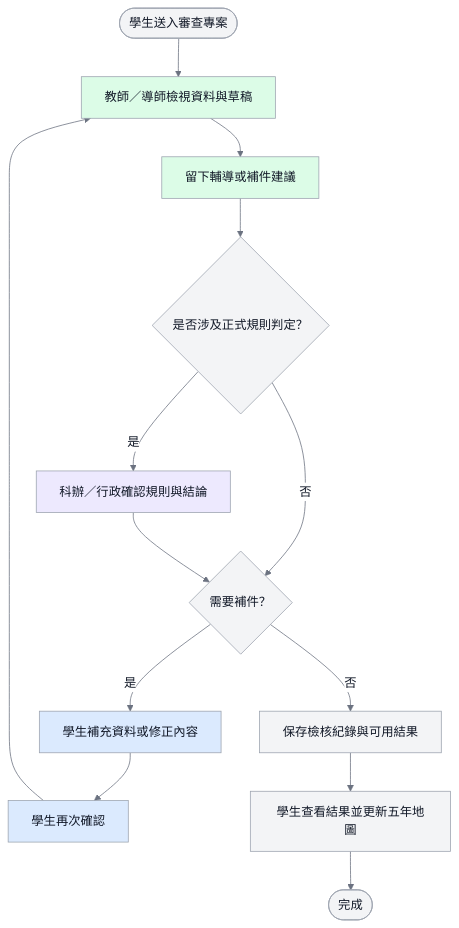
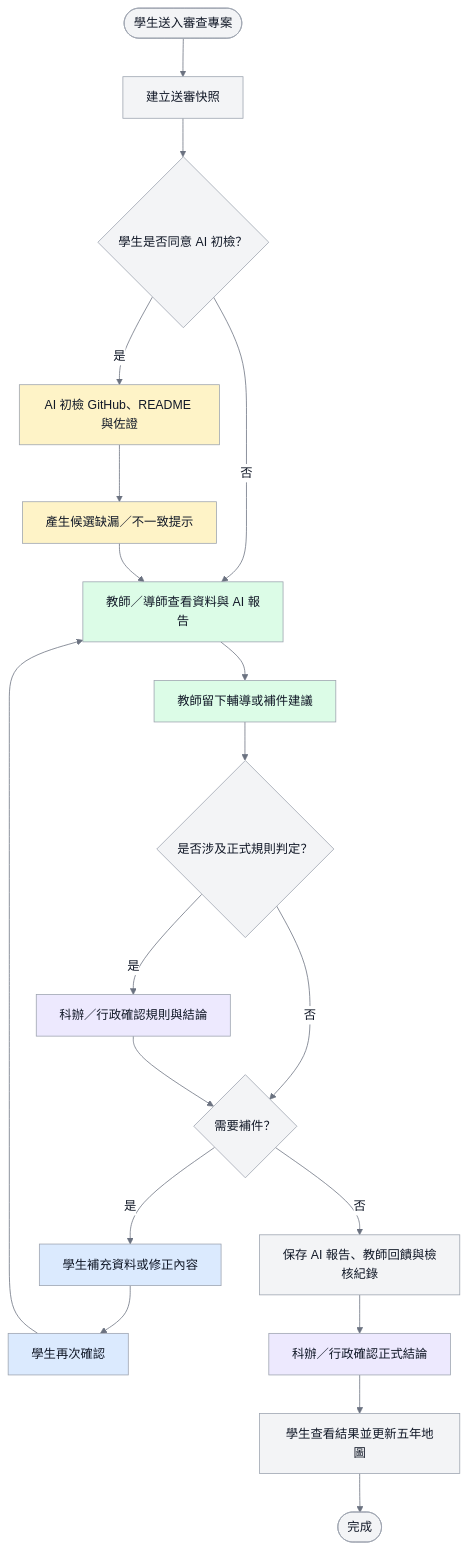
Before and after one commit to vujhdcusa/1028: the third of 9 diagrams in docs/04_圖表與介面/diagrams.md, drawn with Mermaid. The commit also changed other lines of this file and 93 other files, not shown here.

````diff
--- a/docs/04_圖表與介面/diagrams.md
+++ b/docs/04_圖表與介面/diagrams.md
@@ -75,21 +90,28 @@
 ```mermaid
 %%{init: {'theme':'base','themeVariables': {'fontFamily':'Microsoft JhengHei, Noto Sans TC, Arial, sans-serif','primaryColor':'#F3F4F6','primaryTextColor':'#111827','primaryBorderColor':'#9CA3AF','lineColor':'#6B7280','edgeLabelBackground':'#FFFFFF'}}}%%
 flowchart TD
     classDef student fill:#DBEAFE,stroke:#9CA3AF,color:#111827,stroke-width:1px;
     classDef teacher fill:#DCFCE7,stroke:#9CA3AF,color:#111827,stroke-width:1px;
     classDef staff fill:#EDE9FE,stroke:#9CA3AF,color:#111827,stroke-width:1px;
     classDef system fill:#F3F4F6,stroke:#9CA3AF,color:#111827,stroke-width:1px;
+    classDef ai fill:#FEF3C7,stroke:#9CA3AF,color:#111827,stroke-width:1px;
 
-    Start([學生送入審查專案]) --> TeacherView[教師／導師檢視資料與草稿]:::teacher
-    TeacherView --> Advice[留下輔導或補件建議]:::teacher
+    Start([學生送入審查專案]) --> Snapshot[建立送審快照]:::system
+    Snapshot --> Consent{學生是否同意 AI 初檢？}
+    Consent -- 是 --> AICheck[AI 初檢 GitHub、README 與佐證]:::ai
+    AICheck --> AIReport[產生候選缺漏／不一致提示]:::ai
+    Consent -- 否 --> TeacherView
+    AIReport --> TeacherView[教師／導師查看資料與 AI 報告]:::teacher
+    TeacherView --> Advice[教師留下輔導或補件建議]:::teacher
     Advice --> RuleCheck{是否涉及正式規則判定？}
     RuleCheck -- 是 --> StaffCheck[科辦／行政確認規則與結論]:::staff
     RuleCheck -- 否 --> NeedFix{需要補件？}
     StaffCheck --> NeedFix
     NeedFix -- 是 --> StudentFix[學生補充資料或修正內容]:::student
     StudentFix --> StudentConfirm[學生再次確認]:::student
     StudentConfirm --> TeacherView
-    NeedFix -- 否 --> Record[保存檢核紀錄與可用結果]:::system
-    Record --> Result[學生查看結果並更新五年地圖]:::system
+    NeedFix -- 否 --> Record[保存 AI 報告、教師回饋與檢核紀錄]:::system
+    Record --> StaffResult[科辦／行政確認正式結論]:::staff
+    StaffResult --> Result[學生查看結果並更新五年地圖]:::system
     Result --> End([完成])
 ```
````
